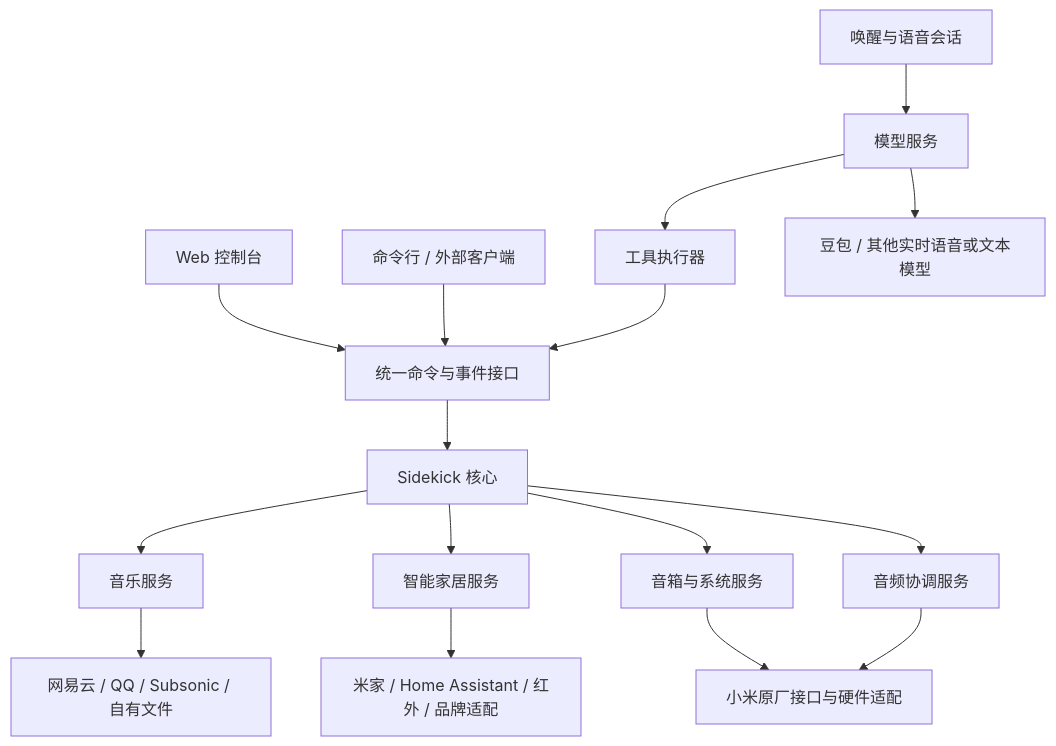
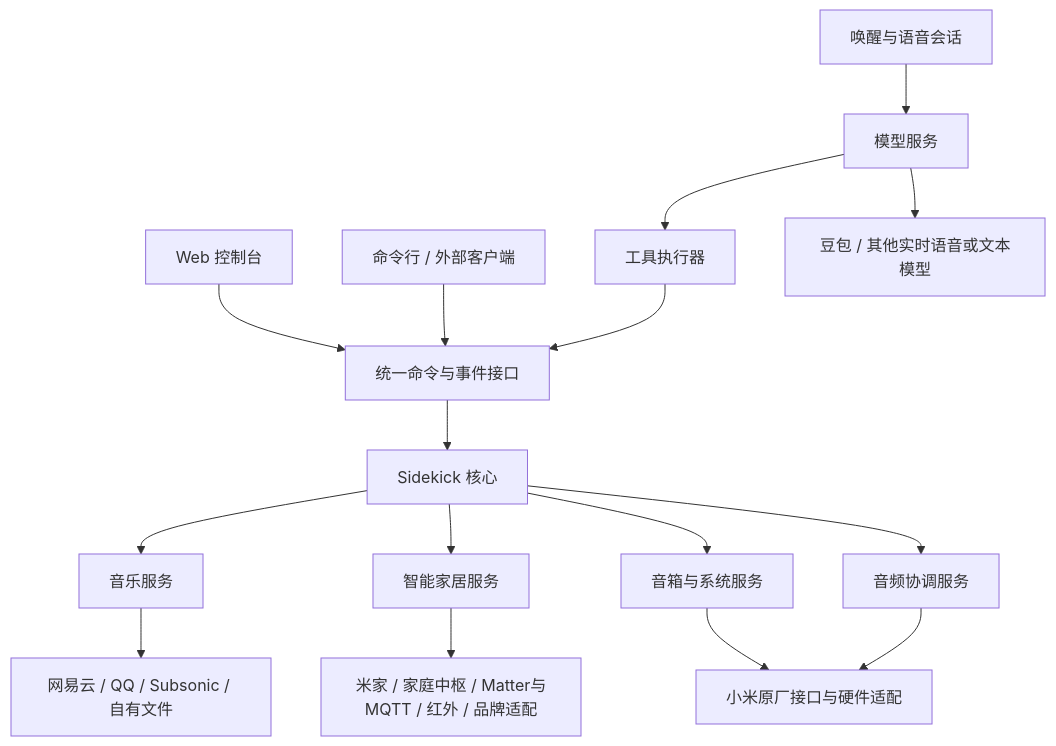
One commit to GitaiQAQ/xiaoai-sidekick changed the diagram in .agents/notes/reference/zig-architecture-design.md. Above: the diagram before and after it, drawn with Mermaid. The commit also changed other lines of this file and 8 other files, not shown here.

````diff
--- a/.agents/notes/reference/zig-architecture-design.md
+++ b/.agents/notes/reference/zig-architecture-design.md
@@ -30,18 +30,18 @@
 ```mermaid
 flowchart TB
     Web[Web 控制台] --> API[统一命令与事件接口]
     CLI[命令行 / 外部客户端] --> API
     Voice[唤醒与语音会话] --> AI[模型服务]
     AI --> Tools[工具执行器]
     Tools --> API
     API --> Core[Sidekick 核心]
     Core --> Music[音乐服务]
     Core --> Home[智能家居服务]
     Core --> Device[音箱与系统服务]
     Music --> MP[网易云 / QQ / Subsonic / 自有文件]
-    Home --> HP[米家 / Home Assistant / 红外 / 品牌适配]
+    Home --> HP[米家 / 家庭中枢 / Matter与MQTT / 红外 / 品牌适配]
     Device --> Platform[小米原厂接口与硬件适配]
     Core --> Audio[音频协调服务]
     Audio --> Platform
     AI --> Models[豆包 / 其他实时语音或文本模型]
 ```
````
